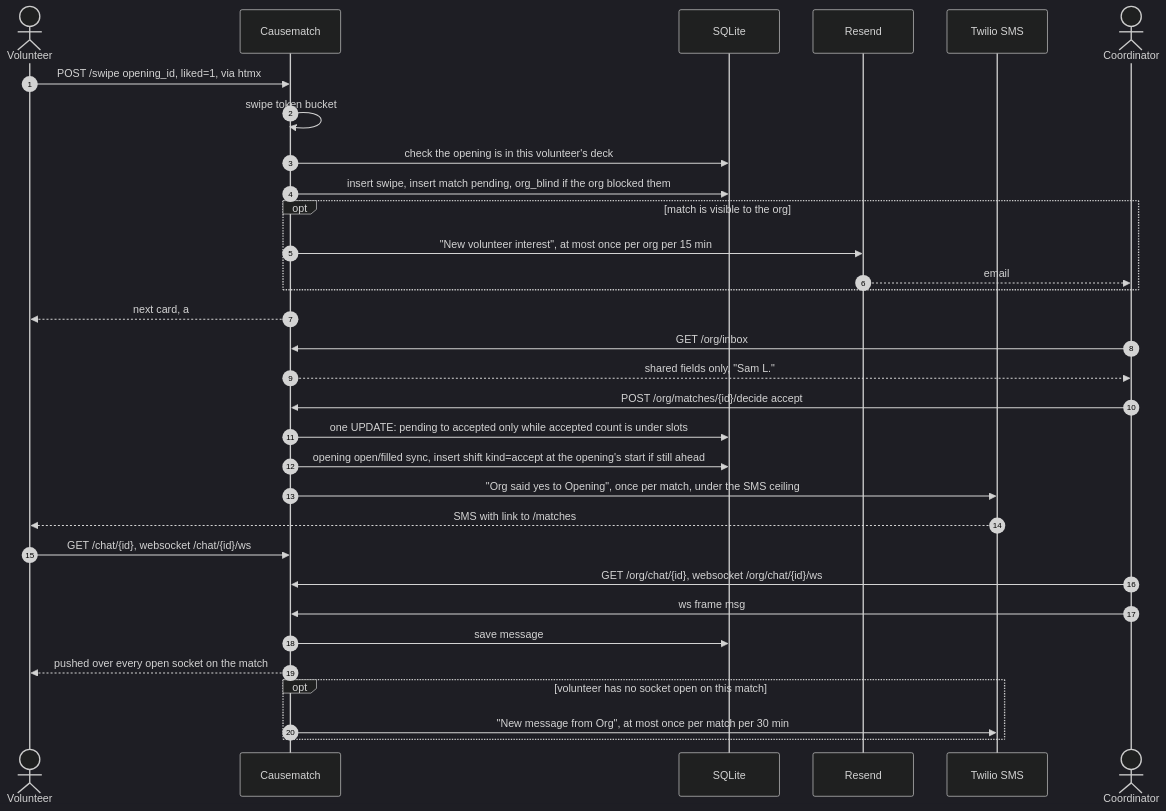
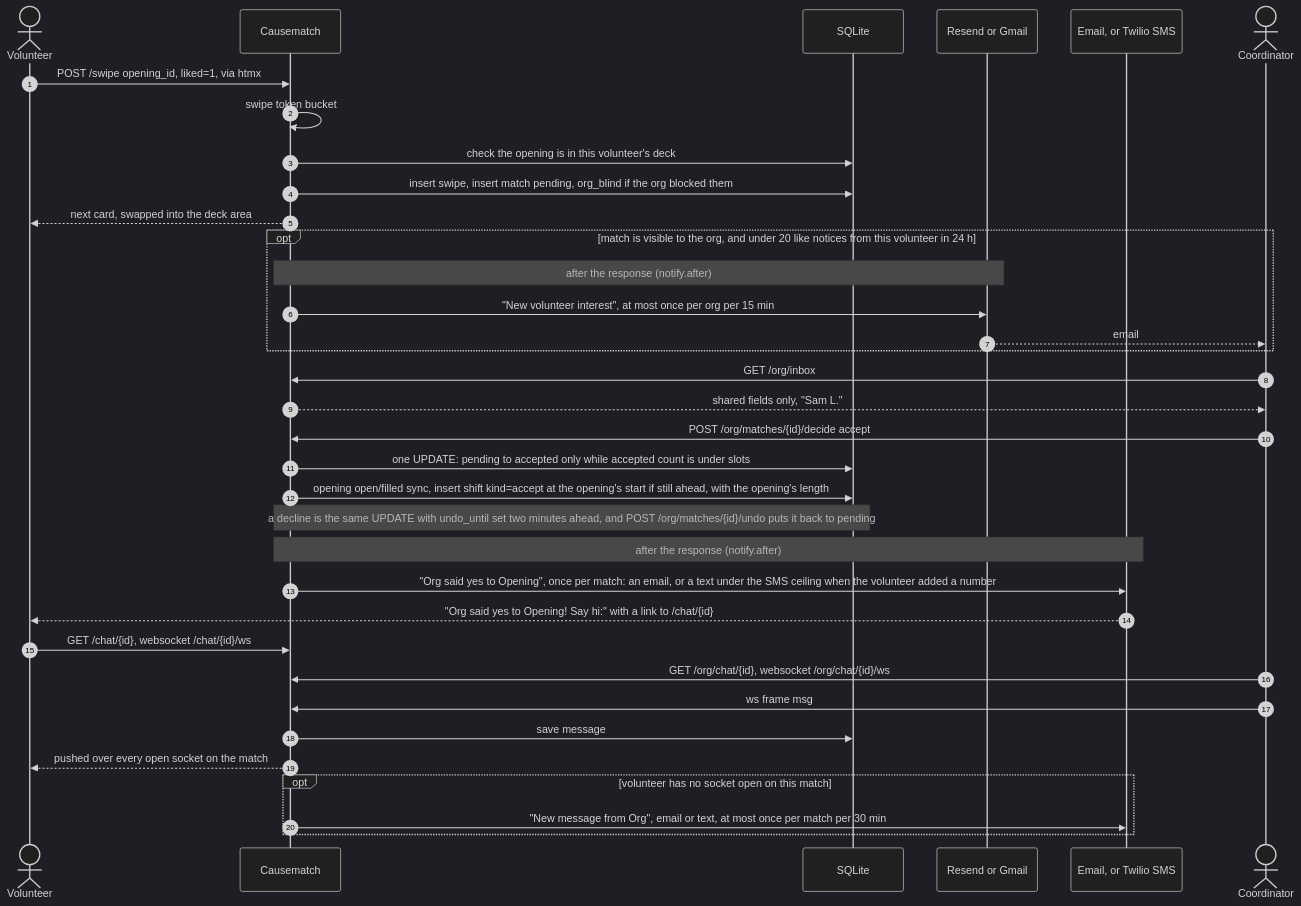
Diagram 18 of 26 in docs/ARCHITECTURE.md (slegroux/causematch), drawn with Mermaid (dark theme) before and after one commit. The commit also changed other lines of this file, not shown here.

First line of the commit message:
Architecture doc: a C4 tour on top, the reference below, up to date with main through #40 (#21)

````diff
--- a/docs/ARCHITECTURE.md
+++ b/docs/ARCHITECTURE.md
@@ -595,35 +1077,38 @@
 ```mermaid
 sequenceDiagram
     autonumber
     actor V as Volunteer
     participant A as Causematch
     participant DB as SQLite
-    participant R as Resend
-    participant T as Twilio SMS
+    participant R as Resend or Gmail
+    participant T as Email, or Twilio SMS
     actor C as Coordinator
 
     V->>A: POST /swipe opening_id, liked=1, via htmx
     A->>A: swipe token bucket
     A->>DB: check the opening is in this volunteer's deck
     A->>DB: insert swipe, insert match pending, org_blind if the org blocked them
-    opt match is visible to the org
+    A-->>V: next card, swapped into the deck area
+    opt match is visible to the org, and under 20 like notices from this volunteer in 24 h
+        Note over A,R: after the response (notify.after)
         A->>R: "New volunteer interest", at most once per org per 15 min
         R-->>C: email
     end
-    A-->>V: next card, a #deck-area swap
     C->>A: GET /org/inbox
     A-->>C: shared fields only, "Sam L."
     C->>A: POST /org/matches/{id}/decide accept
     A->>DB: one UPDATE: pending to accepted only while accepted count is under slots
-    A->>DB: opening open/filled sync, insert shift kind=accept at the opening's start if still ahead
-    A->>T: "Org said yes to Opening", once per match, under the SMS ceiling
-    T-->>V: SMS with link to /matches
+    A->>DB: opening open/filled sync, insert shift kind=accept at the opening's start if still ahead, with the opening's length
+    Note over A,DB: a decline is the same UPDATE with undo_until set two minutes ahead, and POST /org/matches/{id}/undo puts it back to pending
+    Note over A,T: after the response (notify.after)
+    A->>T: "Org said yes to Opening", once per match: an email, or a text under the SMS ceiling when the volunteer added a number
+    T-->>V: "Org said yes to Opening! Say hi:" with a link to /chat/{id}
     V->>A: GET /chat/{id}, websocket /chat/{id}/ws
     C->>A: GET /org/chat/{id}, websocket /org/chat/{id}/ws
     C->>A: ws frame msg
     A->>DB: save message
     A-->>V: pushed over every open socket on the match
     opt volunteer has no socket open on this match
-        A->>T: "New message from Org", at most once per match per 30 min
+        A->>T: "New message from Org", email or text, at most once per match per 30 min
     end
 ```
````
